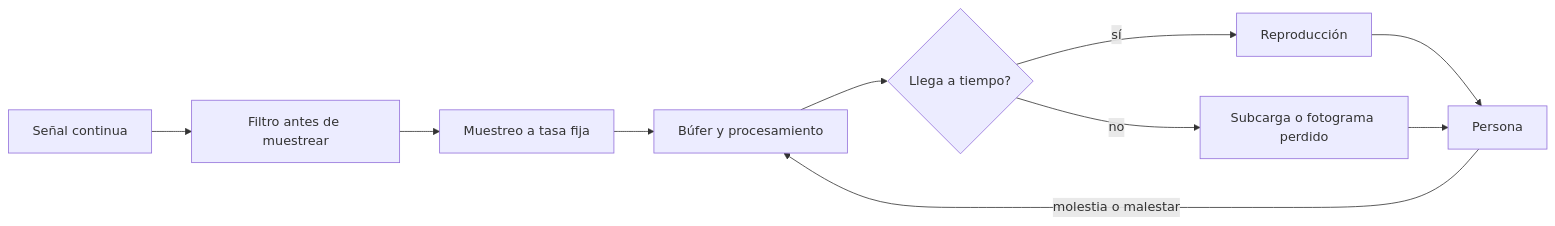
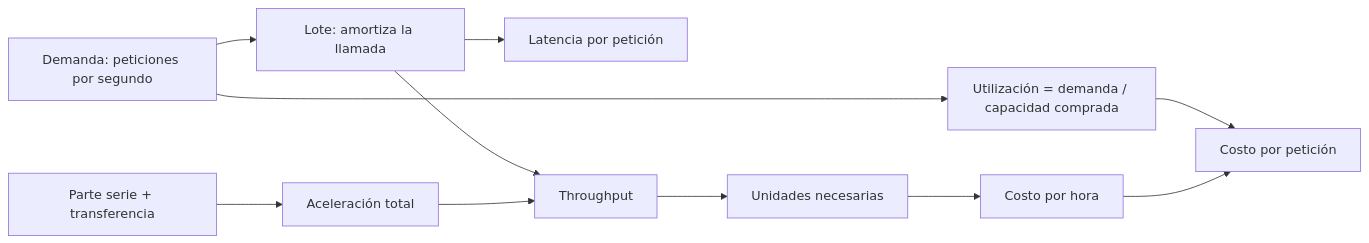
One commit to vladimiracunadev-create/modern-software-engineering-program changed the diagram in content/part-23/SE-281.md. Above: the diagram before and after it, drawn with Mermaid. The commit also changed other lines of this file and 5193 other files, not shown here.

````diff
--- a/content/part-23/SE-281.md
+++ b/content/part-23/SE-281.md
@@ -53,12 +55,13 @@
 ```mermaid
 flowchart LR
-    A[Señal continua] --> B[Filtro antes de muestrear]
-    B --> C[Muestreo a tasa fija]
-    C --> D[Búfer y procesamiento]
-    D --> E{Llega a tiempo?}
-    E -->|sí| F[Reproducción]
-    E -->|no| G[Subcarga o fotograma perdido]
-    F --> H[Persona]
-    G --> H
-    H -->|molestia o malestar| D
+    A[Demanda: peticiones por segundo] --> B[Lote: amortiza la llamada]
+    B --> C[Latencia por petición]
+    B --> D[Throughput]
+    D --> E[Unidades necesarias]
+    E --> F[Costo por hora]
+    A --> G[Utilización = demanda / capacidad comprada]
+    G --> H[Costo por petición]
+    F --> H
+    I[Parte serie + transferencia] --> J[Aceleración total]
+    J --> D
 ```
````
